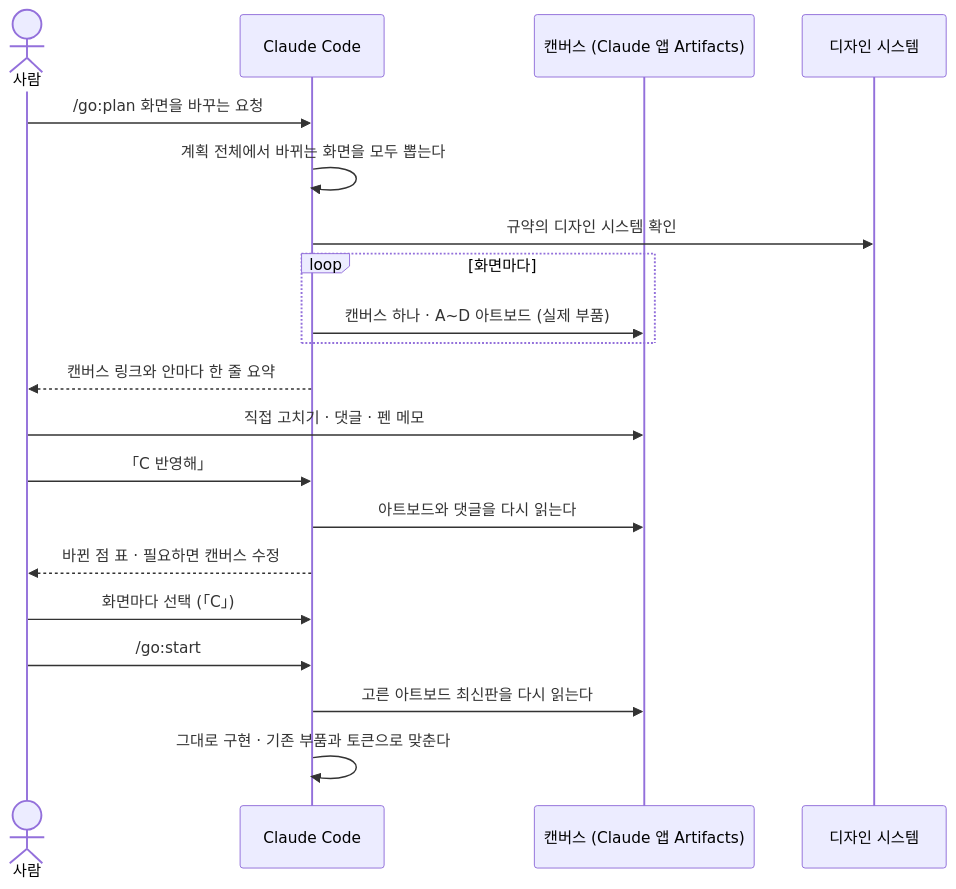
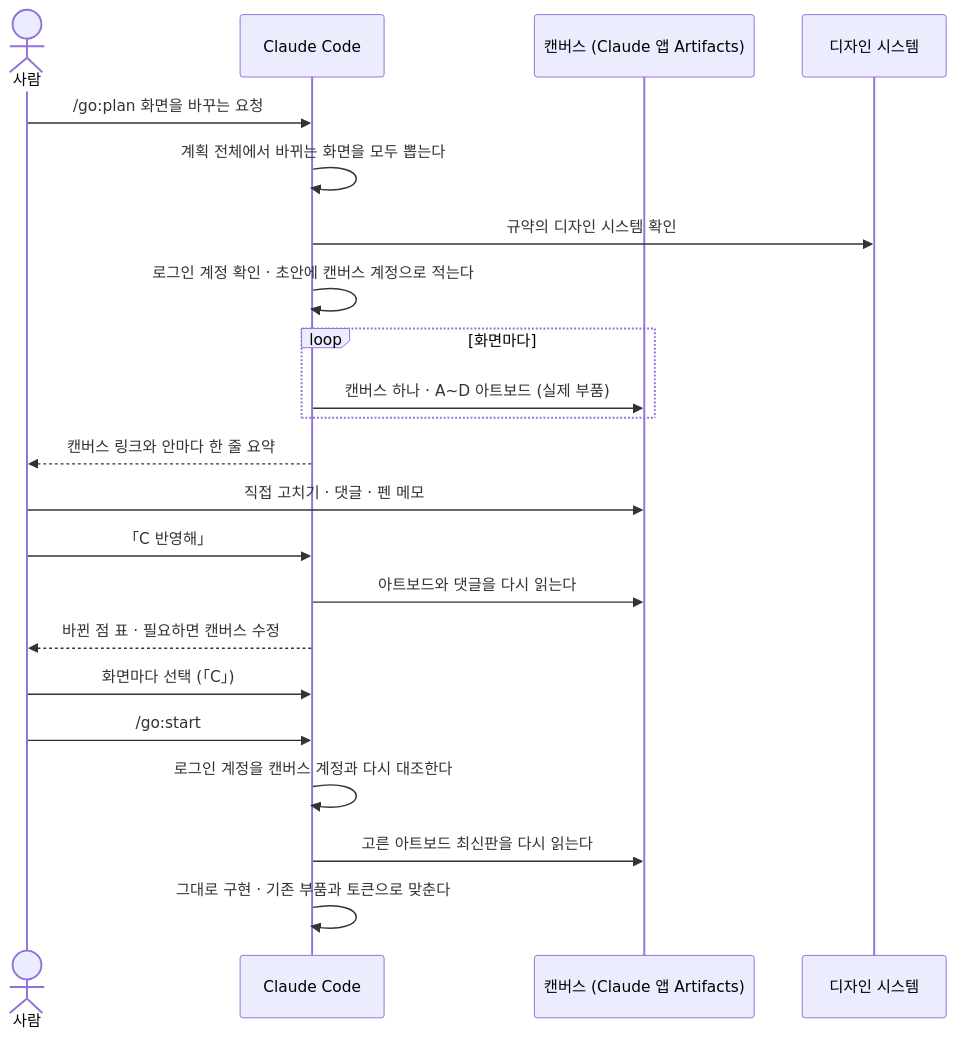
Before and after one commit to jwjinn/go-skill: the second of 4 diagrams in README.md, drawn with Mermaid. The commit also changed other lines of this file, not shown here.

First line of the commit message:
docs(readme): 1.4.0 의 새 동작을 사용자가 보는 자리에 적는다 (#20)

````diff
--- a/README.md
+++ b/README.md
@@ -132,23 +144,25 @@
 ```mermaid
 sequenceDiagram
     actor 사람
     participant CC as Claude Code
     participant CV as 캔버스 (Claude 앱 Artifacts)
     participant DS as 디자인 시스템
 
     사람->>CC: /go:plan 화면을 바꾸는 요청
     CC->>CC: 계획 전체에서 바뀌는 화면을 모두 뽑는다
     CC->>DS: 규약의 디자인 시스템 확인
+    CC->>CC: 로그인 계정 확인 · 초안에 캔버스 계정으로 적는다
     loop 화면마다
         CC->>CV: 캔버스 하나 · A~D 아트보드 (실제 부품)
     end
     CC-->>사람: 캔버스 링크와 안마다 한 줄 요약
     사람->>CV: 직접 고치기 · 댓글 · 펜 메모
     사람->>CC: 「C 반영해」
     CC->>CV: 아트보드와 댓글을 다시 읽는다
     CC-->>사람: 바뀐 점 표 · 필요하면 캔버스 수정
     사람->>CC: 화면마다 선택 (「C」)
     사람->>CC: /go:start
+    CC->>CC: 로그인 계정을 캔버스 계정과 다시 대조한다
     CC->>CV: 고른 아트보드 최신판을 다시 읽는다
     CC->>CC: 그대로 구현 · 기존 부품과 토큰으로 맞춘다
 ```
````
